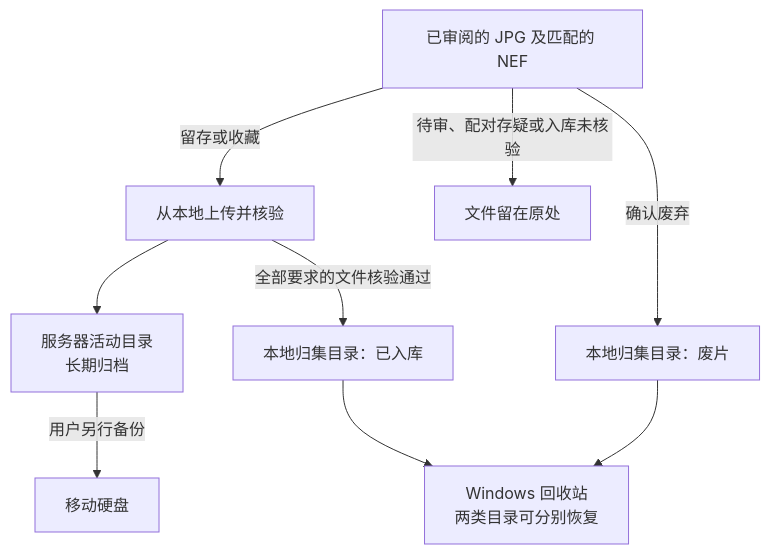
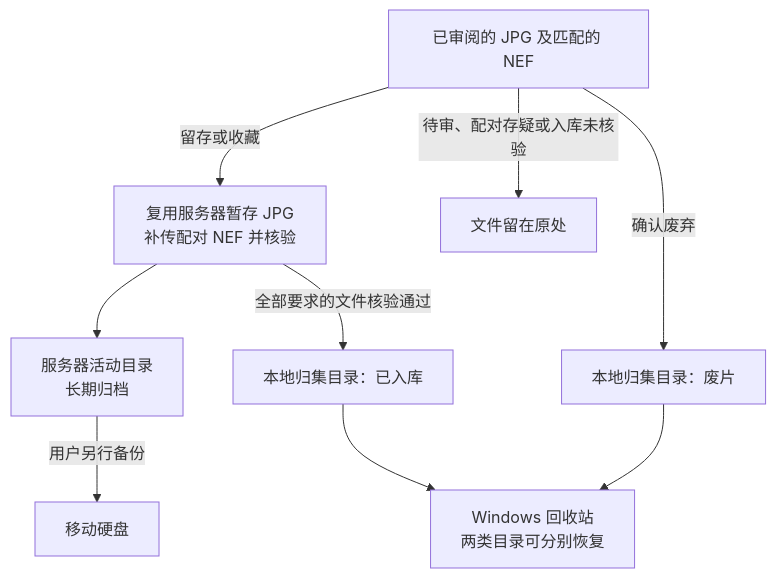
The second of 4 diagrams in docs/design-docs/2026-11-13-1-autocull-import-design.md (pancake-lee/photo-agent), drawn with Mermaid before and after one commit. The commit also changed other lines of this file and 23 other files, not shown here.

````diff
--- a/docs/design-docs/2026-11-13-1-autocull-import-design.md
+++ b/docs/design-docs/2026-11-13-1-autocull-import-design.md
@@ -32,11 +33,11 @@
 ```mermaid
 flowchart TD
-    A["已审阅的 JPG 及匹配的 NEF"] -->|留存或收藏| U["从本地上传并核验"]
+    A["已审阅的 JPG 及匹配的 NEF"] -->|留存或收藏| U["复用服务器暂存 JPG<br/>补传配对 NEF 并核验"]
     U --> S["服务器活动目录<br/>长期归档"]
     S -->|用户另行备份| B["移动硬盘"]
     U -->|全部要求的文件核验通过| Q["本地归集目录：已入库"]
     A -->|确认废弃| T["本地归集目录：废片"]
     Q --> R["Windows 回收站<br/>两类目录可分别恢复"]
     T --> R
     A -->|待审、配对存疑或入库未核验| H["文件留在原处"]
 ```
````
